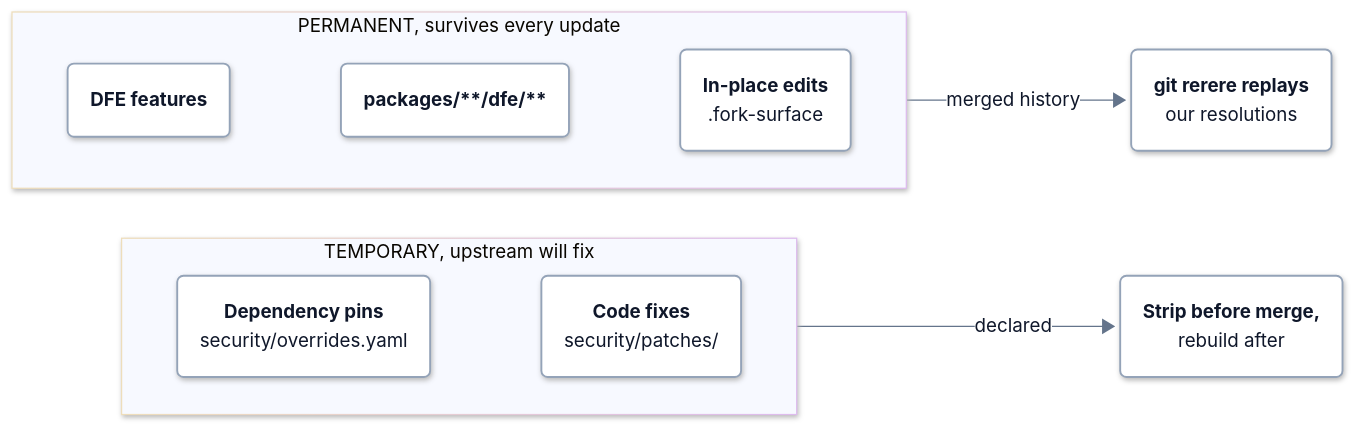
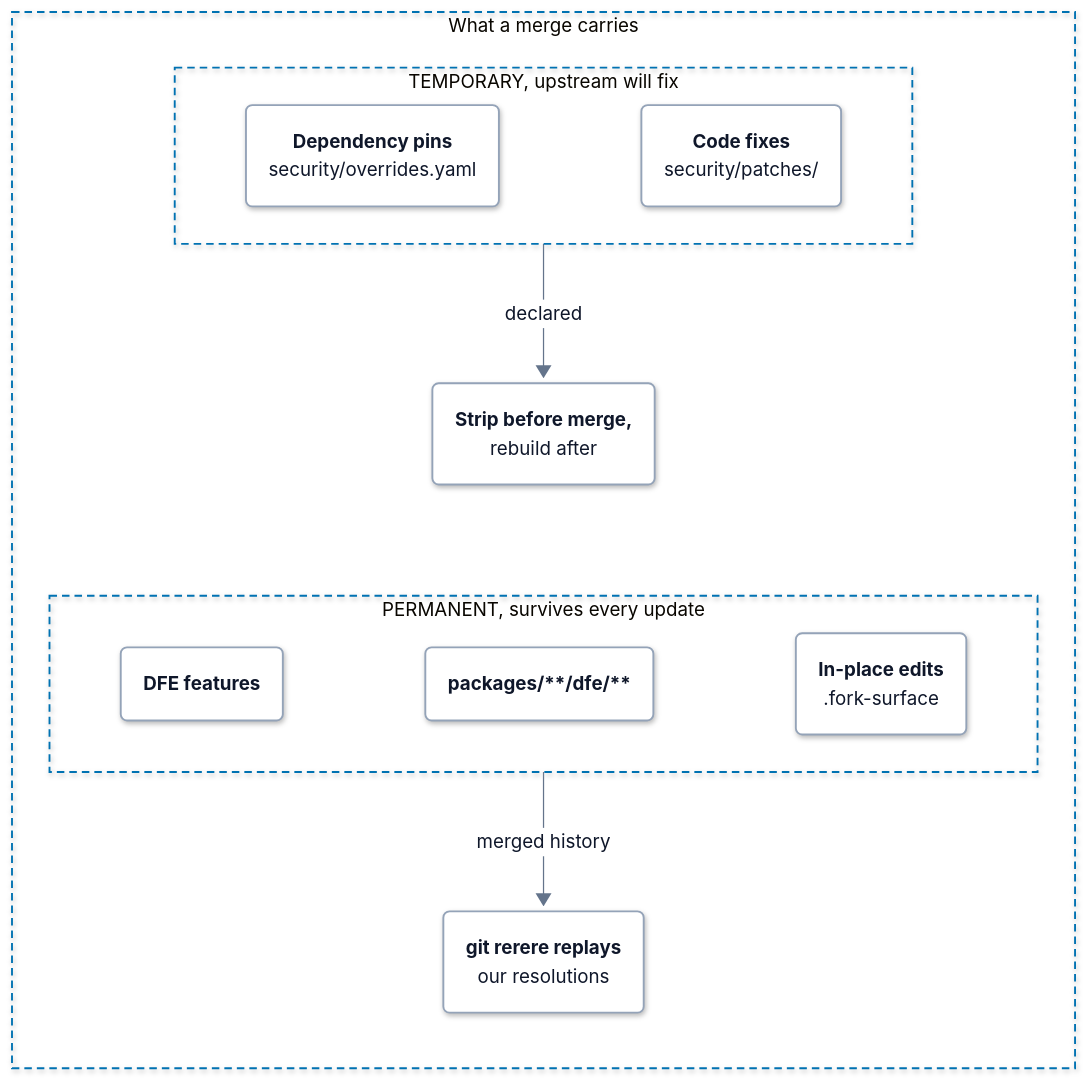
One commit to hyperi-io/dfe-hyperdx changed the first of 3 diagrams in docs/fork/sync-cycle.md. Above: the diagram before and after it, drawn with Mermaid. The commit also changed other lines of this file and 15 other files, not shown here.

First line of the commit message:
docs(architecture): add the architecture page and fit every flowchart (#234)

````diff
--- a/docs/fork/sync-cycle.md
+++ b/docs/fork/sync-cycle.md
@@ -62,26 +62,31 @@
     .ui .label-icon{color:#D9480F}
     .ext .label-icon{color:#64748B}
 ---
-flowchart LR
+flowchart TB
   accTitle: L4 Detail -- Permanent and temporary content
   accDescr: Permanent content, the DFE features, the dfe directories and the catalogued in-place edits, is carried as merged history and git rerere replays its resolutions. Temporary content, the dependency pins and code patches, is declared, stripped before a merge and rebuilt after.
-  subgraph temporary["TEMPORARY, upstream will fix"]
-    direction LR
-    pins("<b>Dependency pins</b><br/><span>security/overrides.yaml</span>")
-    patches("<b>Code fixes</b><br/><span>security/patches/</span>")
-    pins ~~~ patches
+  subgraph content["What a merge carries"]
+    direction TB
+    subgraph temporary["TEMPORARY, upstream will fix"]
+      direction LR
+      pins("<b>Dependency pins</b><br/><span>security/overrides.yaml</span>")
+      patches("<b>Code fixes</b><br/><span>security/patches/</span>")
+      pins ~~~ patches
+    end
+    gen("<b>Strip before merge,</b><br/><span>rebuild after</span>")
+    subgraph permanent["PERMANENT, survives every update"]
+      direction LR
+      feat("<b>DFE features</b>")
+      dfedir("<b>packages/**/dfe/**</b>")
+      inplace("<b>In-place edits</b><br/><span>.fork-surface</span>")
+      feat ~~~ dfedir ~~~ inplace
+    end
+    rerere("<b>git rerere replays</b><br/><span>our resolutions</span>")
+    temporary -->|declared| gen
+    gen ~~~ permanent
+    permanent -->|merged history| rerere
   end
-  subgraph permanent["PERMANENT, survives every update"]
-    direction LR
-    feat("<b>DFE features</b>")
-    dfedir("<b>packages/**/dfe/**</b>")
-    inplace("<b>In-place edits</b><br/><span>.fork-surface</span>")
-    feat ~~~ dfedir ~~~ inplace
-  end
-  gen("<b>Strip before merge,</b><br/><span>rebuild after</span>")
-  rerere("<b>git rerere replays</b><br/><span>our resolutions</span>")
-  temporary -->|declared| gen
-  permanent -->|merged history| rerere
+  class feat,dfedir,inplace,pins,patches,rerere,gen part
   classDef ext fill:#F4F6F8,stroke:#94A3B8,stroke-width:1.5px,stroke-dasharray:5 4,color:#0F172A
   classDef ingest fill:#FFFFFF,stroke:#0E8A7D,stroke-width:3px,color:#0F172A
   classDef xform fill:#FFFFFF,stroke:#7B4FB0,stroke-width:3px,color:#0F172A
@@ -93,5 +98,7 @@
   classDef error fill:#FFFFFF,stroke:#C2410C,stroke-width:3px,color:#0F172A
   classDef control fill:#FFFFFF,stroke:#334155,stroke-width:3px,color:#0F172A
   classDef part fill:#FFFFFF,stroke:#94A3B8,stroke-width:1.5px,color:#0F172A
-  class feat,dfedir,inplace,pins,patches,rerere,gen part
+  style content fill:none,stroke:#0072B2,stroke-width:1.5px,stroke-dasharray:6 4
+  style temporary fill:none,stroke:#0072B2,stroke-width:1.5px,stroke-dasharray:6 4
+  style permanent fill:none,stroke:#0072B2,stroke-width:1.5px,stroke-dasharray:6 4
 ```
````
